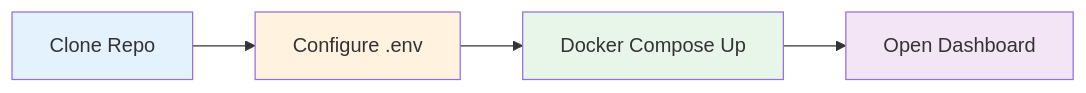
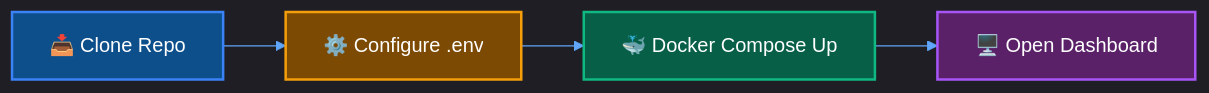
The first of 2 diagrams in docs/Getting Started/quick-start.md (CHA0S-CORP/SkySpyDocs), drawn with Mermaid before and after one commit. The commit also changed other lines of this file and 11 other files, not shown here.

````diff
--- a/docs/Getting Started/quick-start.md
+++ b/docs/Getting Started/quick-start.md
@@ -10,11 +10,12 @@
 ```mermaid
+%%{init: {'theme': 'dark', 'themeVariables': { 'primaryColor': '#1e3a5f', 'primaryTextColor': '#fff', 'primaryBorderColor': '#3b82f6', 'lineColor': '#60a5fa'}}}%%
 flowchart LR
-    A[Clone Repo] --> B[Configure .env]
-    B --> C[Docker Compose Up]
-    C --> D[Open Dashboard]
+    A["📥 Clone Repo"] --> B["⚙️ Configure .env"]
+    B --> C["🐳 Docker Compose Up"]
+    C --> D["🖥️ Open Dashboard"]
 
-    style A fill:#e3f2fd
-    style B fill:#fff3e0
-    style C fill:#e8f5e9
-    style D fill:#f3e5f5
+    style A fill:#0d4f8b,stroke:#3b82f6,stroke-width:2px,color:#fff
+    style B fill:#7c4a03,stroke:#f59e0b,stroke-width:2px,color:#fff
+    style C fill:#065f46,stroke:#10b981,stroke-width:2px,color:#fff
+    style D fill:#5b2168,stroke:#a855f7,stroke-width:2px,color:#fff
 ```
````
